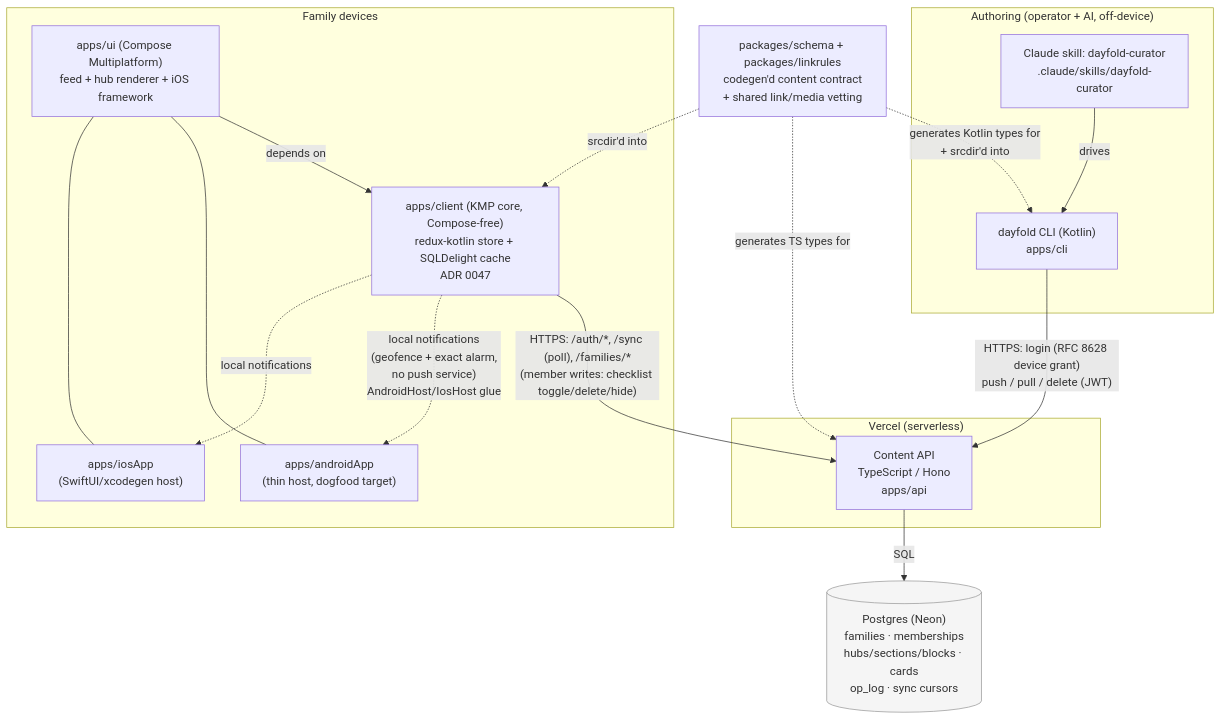
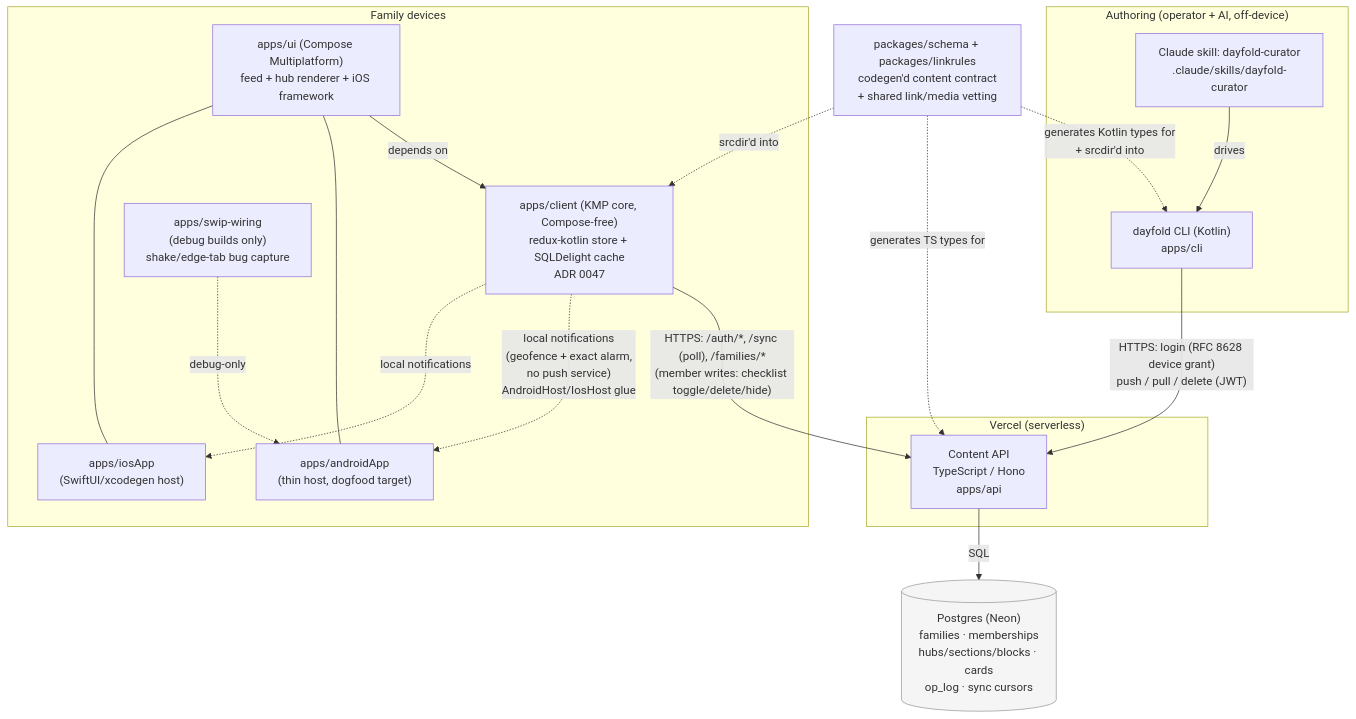
The diagram in docs/architecture.md (SloopWorks/dayfold), drawn with Mermaid before and after one commit. The commit also changed other lines of this file and 5 other files, not shown here.

````diff
--- a/docs/architecture.md
+++ b/docs/architecture.md
@@ -10,38 +10,40 @@
 ```mermaid
 flowchart TB
     subgraph Authoring["Authoring (operator + AI, off-device)"]
         CLI["dayfold CLI (Kotlin)\napps/cli"]
         Skill["Claude skill: dayfold-curator\n.claude/skills/dayfold-curator"]
         Skill -- "drives" --> CLI
     end
 
     subgraph Cloud["Vercel (serverless)"]
         API["Content API\nTypeScript / Hono\napps/api"]
     end
 
     DB[("Postgres (Neon)\nfamilies · memberships\nhubs/sections/blocks · cards\nop_log · sync cursors")]
 
     subgraph Devices["Family devices"]
         Core["apps/client (KMP core, Compose-free)\nredux-kotlin store + SQLDelight cache\nADR 0047"]
         UI["apps/ui (Compose Multiplatform)\nfeed + hub renderer + iOS framework"]
         AndroidHost["apps/androidApp\n(thin host, dogfood target)"]
         IosHost["apps/iosApp\n(SwiftUI/xcodegen host)"]
         UI -- "depends on" --> Core
         UI --- AndroidHost
         UI --- IosHost
+        Swip["apps/swip-wiring\n(debug builds only)\nshake/edge-tab bug capture"]
+        Swip -. "debug-only" .-> AndroidHost
     end
 
     Shared["packages/schema + packages/linkrules\ncodegen'd content contract\n+ shared link/media vetting"]
 
     CLI -- "HTTPS: login (RFC 8628 device grant)\npush / pull / delete (JWT)" --> API
     API -- "SQL" --> DB
     Core -- "HTTPS: /auth/*, /sync (poll), /families/*\n(member writes: checklist toggle/delete/hide)" --> API
     Core -. "local notifications\n(geofence + exact alarm,\nno push service)\nAndroidHost/IosHost glue" .-> AndroidHost
     Core -. "local notifications" .-> IosHost
     Shared -. "generates TS types for" .-> API
     Shared -. "generates Kotlin types for\n+ srcdir'd into" .-> CLI
     Shared -. "srcdir'd into" .-> Core
 
     classDef ext fill:#f5f5f5,stroke:#999,color:#333;
     class DB ext;
 ```
````
